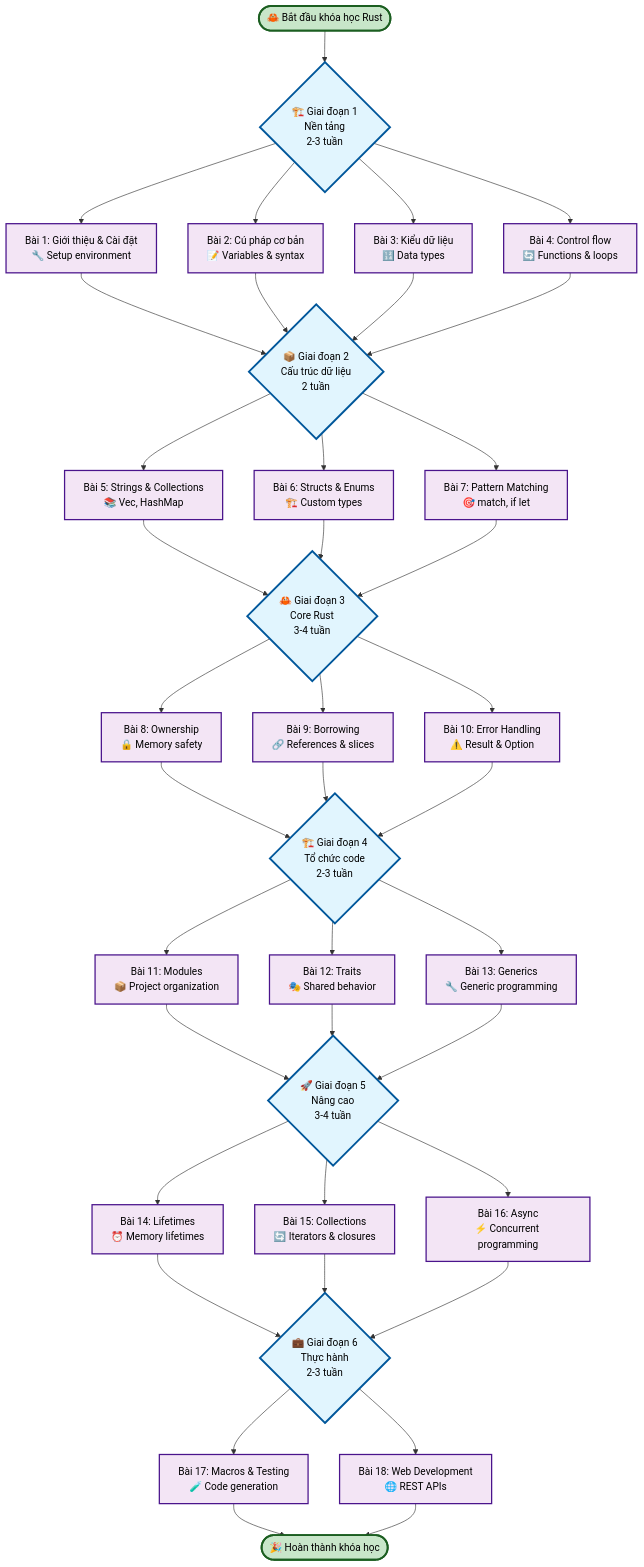
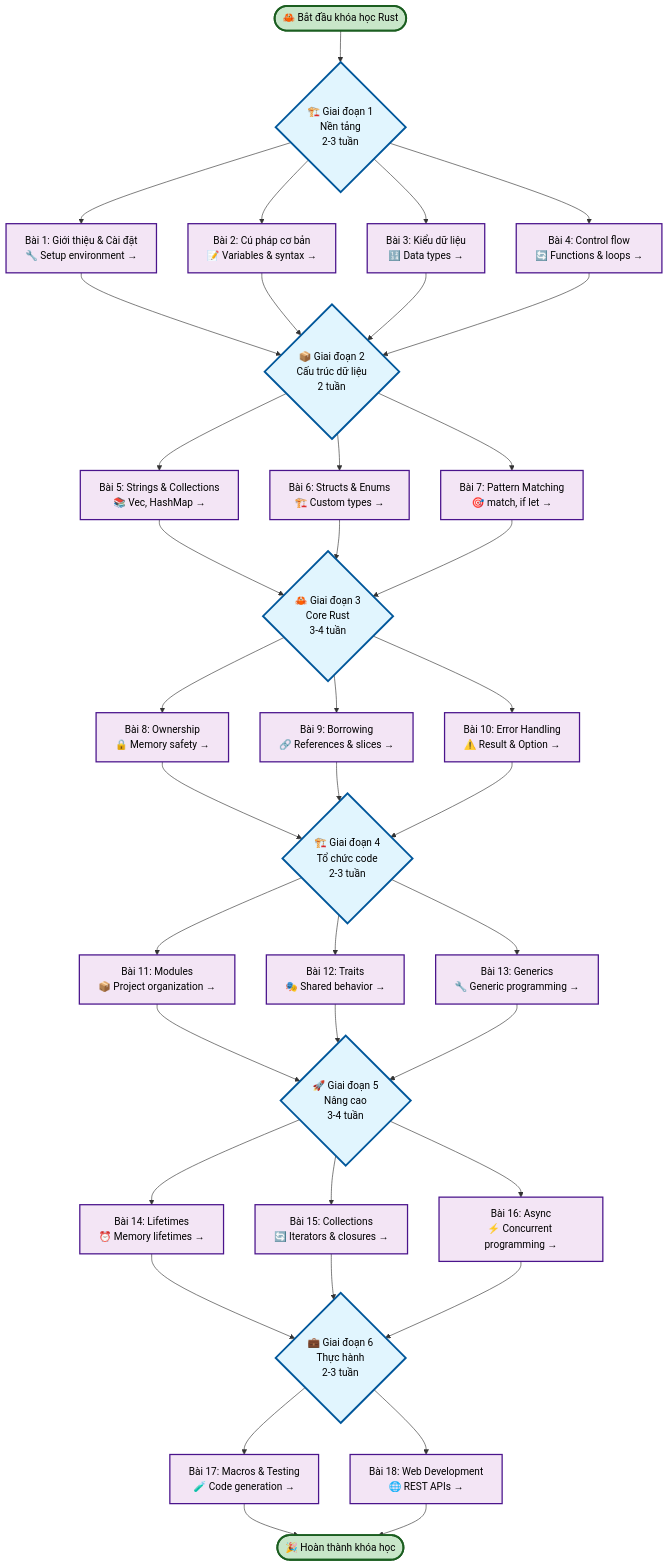
Before and after one commit to khieu-dv/vievlog: the first of 5 diagrams in src/content/soft-skills/rust/bai-0.mdx, drawn with Mermaid. The commit also changed 1 other file, not shown here.

Commit message:
clean code

````diff
--- a/src/content/soft-skills/rust/bai-0.mdx
+++ b/src/content/soft-skills/rust/bai-0.mdx
@@ -11,81 +11,81 @@
 ```mermaid
 flowchart TD
     Start([🦀 Bắt đầu khóa học Rust]) --> Foundation{🏗️ Giai đoạn 1<br/>Nền tảng<br/>2-3 tuần}
 
-    Foundation --> B1[Bài 1: Giới thiệu & Cài đặt<br/>🔧 Setup environment]
-    Foundation --> B2[Bài 2: Cú pháp cơ bản<br/>📝 Variables & syntax]
-    Foundation --> B3[Bài 3: Kiểu dữ liệu<br/>🔢 Data types]
-    Foundation --> B4[Bài 4: Control flow<br/>🔄 Functions & loops]
+    Foundation --> B1[Bài 1: Giới thiệu & Cài đặt<br/>🔧 Setup environment →]
+    Foundation --> B2[Bài 2: Cú pháp cơ bản<br/>📝 Variables & syntax →]
+    Foundation --> B3[Bài 3: Kiểu dữ liệu<br/>🔢 Data types →]
+    Foundation --> B4[Bài 4: Control flow<br/>🔄 Functions & loops →]
 
     B1 --> DataStruct{📦 Giai đoạn 2<br/>Cấu trúc dữ liệu<br/>2 tuần}
     B2 --> DataStruct
     B3 --> DataStruct
     B4 --> DataStruct
 
-    DataStruct --> B5[Bài 5: Strings & Collections<br/>📚 Vec, HashMap]
-    DataStruct --> B6[Bài 6: Structs & Enums<br/>🏗️ Custom types]
-    DataStruct --> B7[Bài 7: Pattern Matching<br/>🎯 match, if let]
+    DataStruct --> B5[Bài 5: Strings & Collections<br/>📚 Vec, HashMap →]
+    DataStruct --> B6[Bài 6: Structs & Enums<br/>🏗️ Custom types →]
+    DataStruct --> B7[Bài 7: Pattern Matching<br/>🎯 match, if let →]
 
     B5 --> CoreRust{🦀 Giai đoạn 3<br/>Core Rust<br/>3-4 tuần}
     B6 --> CoreRust
     B7 --> CoreRust
 
-    CoreRust --> B8[Bài 8: Ownership<br/>🔒 Memory safety]
-    CoreRust --> B9[Bài 9: Borrowing<br/>🔗 References & slices]
-    CoreRust --> B10[Bài 10: Error Handling<br/>⚠️ Result & Option]
+    CoreRust --> B8[Bài 8: Ownership<br/>🔒 Memory safety →]
+    CoreRust --> B9[Bài 9: Borrowing<br/>🔗 References & slices →]
+    CoreRust --> B10[Bài 10: Error Handling<br/>⚠️ Result & Option →]
 
     B8 --> Organization{🏗️ Giai đoạn 4<br/>Tổ chức code<br/>2-3 tuần}
     B9 --> Organization
     B10 --> Organization
 
-    Organization --> B11[Bài 11: Modules<br/>📦 Project organization]
-    Organization --> B12[Bài 12: Traits<br/>🎭 Shared behavior]
-    Organization --> B13[Bài 13: Generics<br/>🔧 Generic programming]
+    Organization --> B11[Bài 11: Modules<br/>📦 Project organization →]
+    Organization --> B12[Bài 12: Traits<br/>🎭 Shared behavior →]
+    Organization --> B13[Bài 13: Generics<br/>🔧 Generic programming →]
 
     B11 --> Advanced{🚀 Giai đoạn 5<br/>Nâng cao<br/>3-4 tuần}
     B12 --> Advanced
     B13 --> Advanced
 
-    Advanced --> B14[Bài 14: Lifetimes<br/>⏰ Memory lifetimes]
-    Advanced --> B15[Bài 15: Collections<br/>🔄 Iterators & closures]
-    Advanced --> B16[Bài 16: Async<br/>⚡ Concurrent programming]
+    Advanced --> B14[Bài 14: Lifetimes<br/>⏰ Memory lifetimes →]
+    Advanced --> B15[Bài 15: Collections<br/>🔄 Iterators & closures →]
+    Advanced --> B16[Bài 16: Async<br/>⚡ Concurrent programming →]
 
     B14 --> Practical{💼 Giai đoạn 6<br/>Thực hành<br/>2-3 tuần}
     B15 --> Practical
     B16 --> Practical
 
-    Practical --> B17[Bài 17: Macros & Testing<br/>🧪 Code generation]
-    Practical --> B18[Bài 18: Web Development<br/>🌐 REST APIs]
+    Practical --> B17[Bài 17: Macros & Testing<br/>🧪 Code generation →]
+    Practical --> B18[Bài 18: Web Development<br/>🌐 REST APIs →]
 
     B17 --> Complete([🎉 Hoàn thành khóa học])
     B18 --> Complete
 
     %% Click events for navigation
     click B1 "/desktop-docs/soft-skills/rust/bai-1" "Đi đến Bài 1"
     click B2 "/desktop-docs/soft-skills/rust/bai-2" "Đi đến Bài 2"
     click B3 "/desktop-docs/soft-skills/rust/bai-3" "Đi đến Bài 3"
     click B4 "/desktop-docs/soft-skills/rust/bai-4" "Đi đến Bài 4"
     click B5 "/desktop-docs/soft-skills/rust/bai-5" "Đi đến Bài 5"
     click B6 "/desktop-docs/soft-skills/rust/bai-6" "Đi đến Bài 6"
     click B7 "/desktop-docs/soft-skills/rust/bai-7" "Đi đến Bài 7"
     click B8 "/desktop-docs/soft-skills/rust/bai-8" "Đi đến Bài 8"
     click B9 "/desktop-docs/soft-skills/rust/bai-9" "Đi đến Bài 9"
     click B10 "/desktop-docs/soft-skills/rust/bai-10" "Đi đến Bài 10"
     click B11 "/desktop-docs/soft-skills/rust/bai-11" "Đi đến Bài 11"
     click B12 "/desktop-docs/soft-skills/rust/bai-12" "Đi đến Bài 12"
     click B13 "/desktop-docs/soft-skills/rust/bai-13" "Đi đến Bài 13"
     click B14 "/desktop-docs/soft-skills/rust/bai-14" "Đi đến Bài 14"
     click B15 "/desktop-docs/soft-skills/rust/bai-15" "Đi đến Bài 15"
     click B16 "/desktop-docs/soft-skills/rust/bai-16" "Đi đến Bài 16"
     click B17 "/desktop-docs/soft-skills/rust/bai-17" "Đi đến Bài 17"
     click B18 "/desktop-docs/soft-skills/rust/bai-18" "Đi đến Bài 18"
 
     %% Styling
     classDef phaseBox fill:#e1f5fe,stroke:#01579b,stroke-width:3px,color:#000
     classDef lessonBox fill:#f3e5f5,stroke:#4a148c,stroke-width:2px,color:#000,cursor:pointer
     classDef startEnd fill:#c8e6c9,stroke:#1b5e20,stroke-width:3px,color:#000
 
     class Foundation,DataStruct,CoreRust,Organization,Advanced,Practical phaseBox
     class B1,B2,B3,B4,B5,B6,B7,B8,B9,B10,B11,B12,B13,B14,B15,B16,B17,B18 lessonBox
     class Start,Complete startEnd
 ```
````
